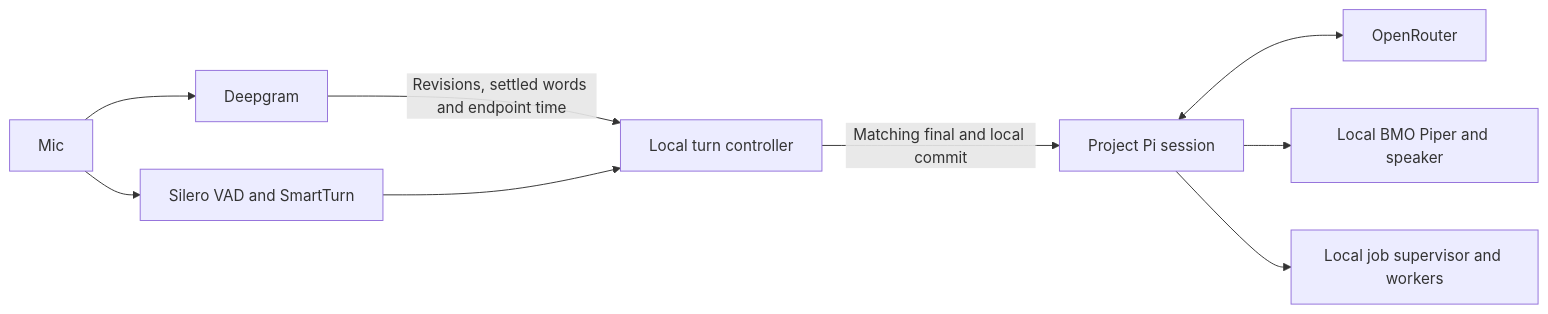
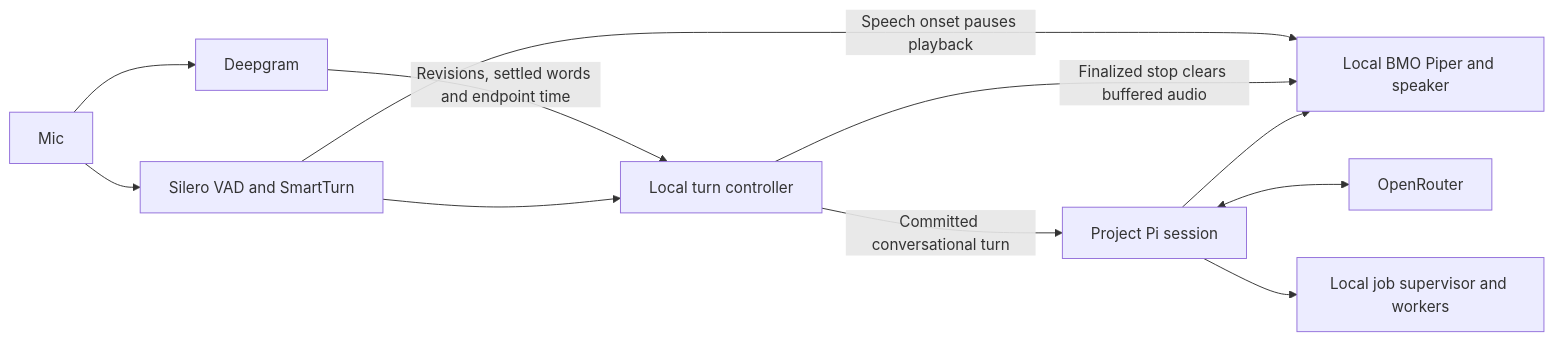
Before and after one commit to justinruaya123/me3-full-duplex-agent: the first of 3 diagrams in docs/ARCHITECTURE_REVIEW.md, drawn with Mermaid. The commit also changed other lines of this file and 9 other files, not shown here.

````diff
--- a/docs/ARCHITECTURE_REVIEW.md
+++ b/docs/ARCHITECTURE_REVIEW.md
@@ -5,11 +5,13 @@
 ```mermaid
 flowchart LR
   mic[Mic] --> asr[Deepgram]
   asr -->|Revisions, settled words and endpoint time| turn[Local turn controller]
   mic --> local[Silero VAD and SmartTurn]
   local --> turn
-  turn -->|Matching final and local commit| pi[Project Pi session]
+  local -->|Speech onset pauses playback| tts
+  turn -->|Finalized stop clears buffered audio| tts
+  turn -->|Committed conversational turn| pi[Project Pi session]
   pi <--> model[OpenRouter]
   pi --> tts[Local BMO Piper and speaker]
   pi --> jobs[Local job supervisor and workers]
 ```
````
